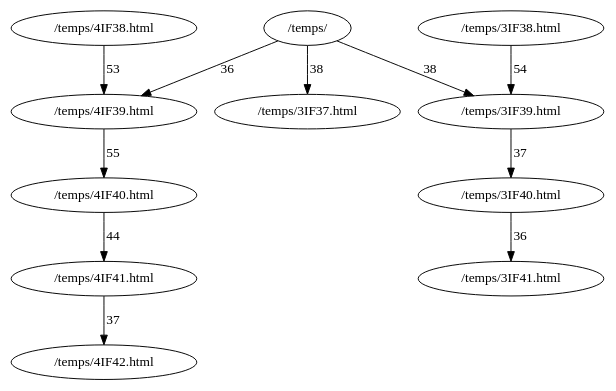
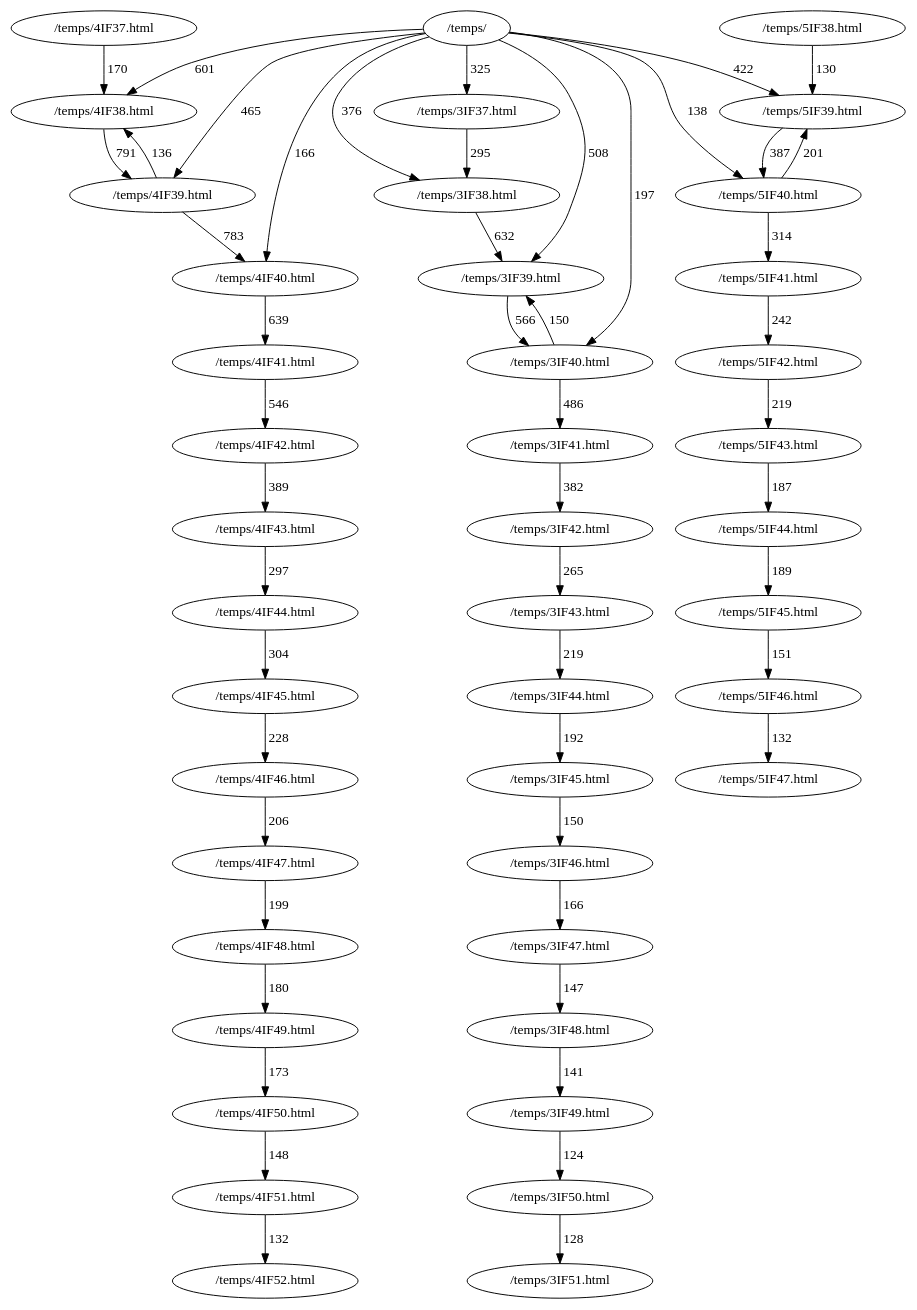
Before and after one commit to Noomaok/Analog: the diagram in tmp/graphTest.dot, drawn with Graphviz. The commit also changed 7 other files, not shown here.

```diff
--- a/tmp/graphTest.dot
+++ b/tmp/graphTest.dot
@@ -1,12 +1,52 @@
 digraph{
-"/temps/4IF39.html" -> "/temps/4IF40.html" [label="55"]
-"/temps/3IF38.html" -> "/temps/3IF39.html" [label="54"]
-"/temps/4IF38.html" -> "/temps/4IF39.html" [label="53"]
-"/temps/4IF40.html" -> "/temps/4IF41.html" [label="44"]
-"/temps/" -> "/temps/3IF37.html" [label="38"]
-"/temps/" -> "/temps/3IF39.html" [label="38"]
-"/temps/3IF39.html" -> "/temps/3IF40.html" [label="37"]
-"/temps/4IF41.html" -> "/temps/4IF42.html" [label="37"]
-"/temps/3IF40.html" -> "/temps/3IF41.html" [label="36"]
-"/temps/" -> "/temps/4IF39.html" [label="36"]
+"/temps/4IF38.html" -> "/temps/4IF39.html" [label="791"]
+"/temps/4IF39.html" -> "/temps/4IF40.html" [label="783"]
+"/temps/4IF40.html" -> "/temps/4IF41.html" [label="639"]
+"/temps/3IF38.html" -> "/temps/3IF39.html" [label="632"]
+"/temps/" -> "/temps/4IF38.html" [label="601"]
+"/temps/3IF39.html" -> "/temps/3IF40.html" [label="566"]
+"/temps/4IF41.html" -> "/temps/4IF42.html" [label="546"]
+"/temps/" -> "/temps/3IF39.html" [label="508"]
+"/temps/3IF40.html" -> "/temps/3IF41.html" [label="486"]
+"/temps/" -> "/temps/4IF39.html" [label="465"]
+"/temps/" -> "/temps/5IF39.html" [label="422"]
+"/temps/4IF42.html" -> "/temps/4IF43.html" [label="389"]
+"/temps/5IF39.html" -> "/temps/5IF40.html" [label="387"]
+"/temps/3IF41.html" -> "/temps/3IF42.html" [label="382"]
+"/temps/" -> "/temps/3IF38.html" [label="376"]
+"/temps/" -> "/temps/3IF37.html" [label="325"]
+"/temps/5IF40.html" -> "/temps/5IF41.html" [label="314"]
+"/temps/4IF44.html" -> "/temps/4IF45.html" [label="304"]
+"/temps/4IF43.html" -> "/temps/4IF44.html" [label="297"]
+"/temps/3IF37.html" -> "/temps/3IF38.html" [label="295"]
+"/temps/3IF42.html" -> "/temps/3IF43.html" [label="265"]
+"/temps/5IF41.html" -> "/temps/5IF42.html" [label="242"]
+"/temps/4IF45.html" -> "/temps/4IF46.html" [label="228"]
+"/temps/3IF43.html" -> "/temps/3IF44.html" [label="219"]
+"/temps/5IF42.html" -> "/temps/5IF43.html" [label="219"]
+"/temps/4IF46.html" -> "/temps/4IF47.html" [label="206"]
+"/temps/5IF40.html" -> "/temps/5IF39.html" [label="201"]
+"/temps/4IF47.html" -> "/temps/4IF48.html" [label="199"]
+"/temps/" -> "/temps/3IF40.html" [label="197"]
+"/temps/3IF44.html" -> "/temps/3IF45.html" [label="192"]
+"/temps/5IF44.html" -> "/temps/5IF45.html" [label="189"]
+"/temps/5IF43.html" -> "/temps/5IF44.html" [label="187"]
+"/temps/4IF48.html" -> "/temps/4IF49.html" [label="180"]
+"/temps/4IF49.html" -> "/temps/4IF50.html" [label="173"]
+"/temps/4IF37.html" -> "/temps/4IF38.html" [label="170"]
+"/temps/3IF46.html" -> "/temps/3IF47.html" [label="166"]
+"/temps/" -> "/temps/4IF40.html" [label="166"]
+"/temps/5IF45.html" -> "/temps/5IF46.html" [label="151"]
+"/temps/3IF40.html" -> "/temps/3IF39.html" [label="150"]
+"/temps/3IF45.html" -> "/temps/3IF46.html" [label="150"]
+"/temps/4IF50.html" -> "/temps/4IF51.html" [label="148"]
+"/temps/3IF47.html" -> "/temps/3IF48.html" [label="147"]
+"/temps/3IF48.html" -> "/temps/3IF49.html" [label="141"]
+"/temps/" -> "/temps/5IF40.html" [label="138"]
+"/temps/4IF39.html" -> "/temps/4IF38.html" [label="136"]
+"/temps/4IF51.html" -> "/temps/4IF52.html" [label="132"]
+"/temps/5IF46.html" -> "/temps/5IF47.html" [label="132"]
+"/temps/5IF38.html" -> "/temps/5IF39.html" [label="130"]
+"/temps/3IF50.html" -> "/temps/3IF51.html" [label="128"]
+"/temps/3IF49.html" -> "/temps/3IF50.html" [label="124"]
 }
```
